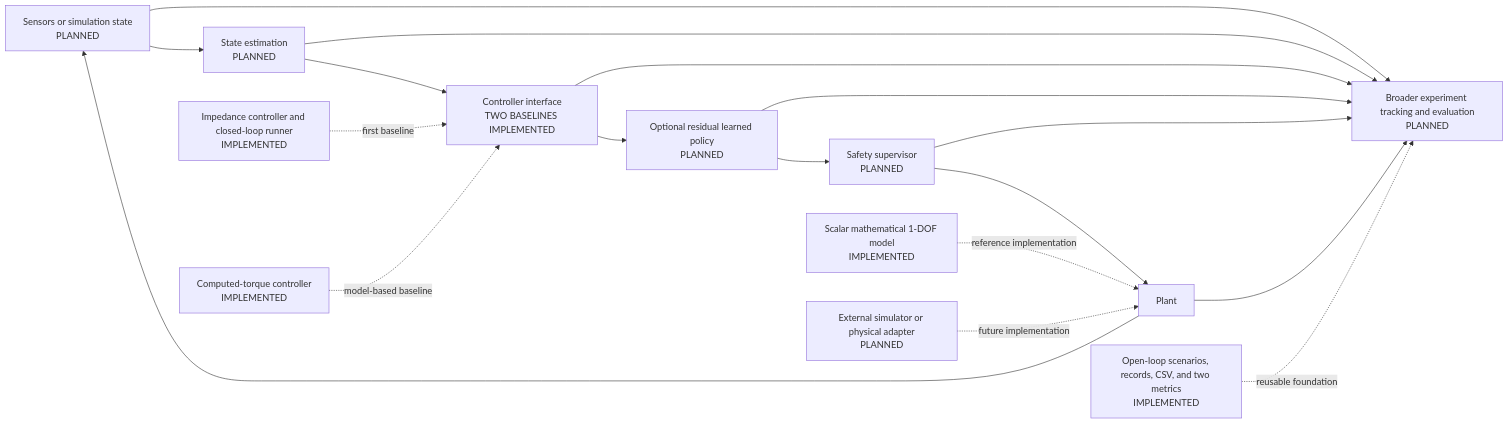
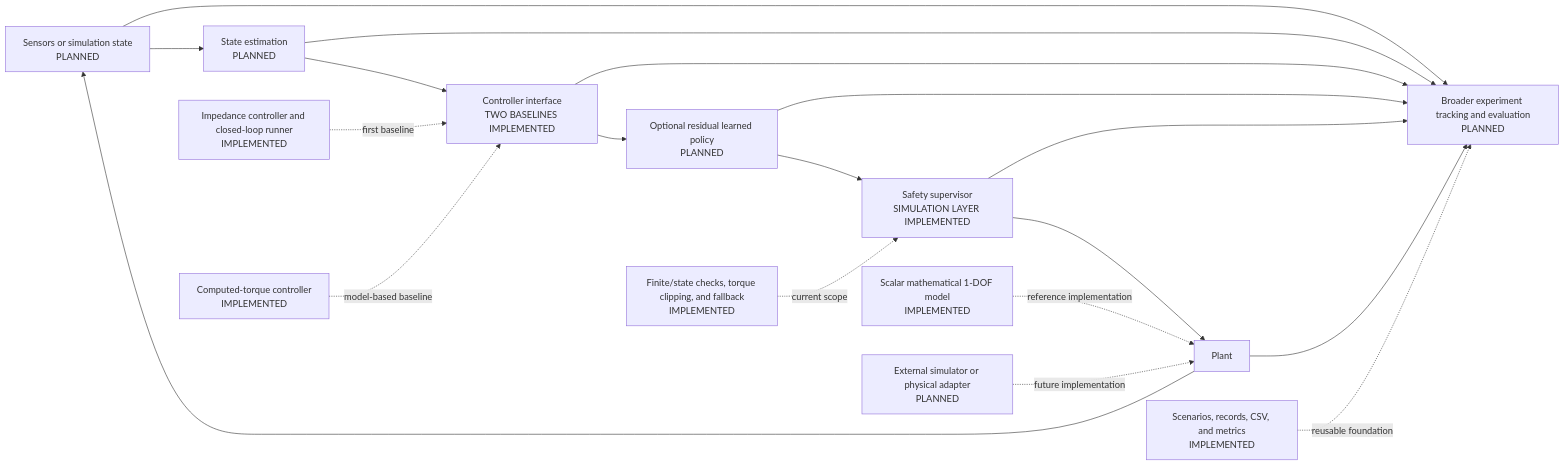
The second of 2 diagrams in docs/developer_guide.md (LeMonsieurPompidou/adaptive-assist), drawn with Mermaid before and after one commit. The commit also changed other lines of this file and 35 other files, not shown here.

Commit message:
feat: add independent safety supervisor

````diff
--- a/docs/developer_guide.md
+++ b/docs/developer_guide.md
@@ -399,23 +454,24 @@
 ```mermaid
 flowchart LR
     A[Sensors or simulation state<br/>PLANNED] --> B[State estimation<br/>PLANNED]
     B --> C[Controller interface<br/>TWO BASELINES IMPLEMENTED]
     C --> D[Optional residual learned policy<br/>PLANNED]
-    D --> E[Safety supervisor<br/>PLANNED]
+    D --> E[Safety supervisor<br/>SIMULATION LAYER IMPLEMENTED]
     E --> F[Plant]
     F --> A
 
     F1[Scalar mathematical 1-DOF model<br/>IMPLEMENTED] -. reference implementation .-> F
     F2[External simulator or physical adapter<br/>PLANNED] -. future implementation .-> F
 
     A --> G[Broader experiment tracking and evaluation<br/>PLANNED]
     B --> G
     C --> G
     D --> G
     E --> G
     F --> G
 
-    H[Open-loop scenarios, records, CSV, and two metrics<br/>IMPLEMENTED] -. reusable foundation .-> G
+    H[Scenarios, records, CSV, and metrics<br/>IMPLEMENTED] -. reusable foundation .-> G
     I[Impedance controller and closed-loop runner<br/>IMPLEMENTED] -. first baseline .-> C
     J[Computed-torque controller<br/>IMPLEMENTED] -. model-based baseline .-> C
+    K[Finite/state checks, torque clipping, and fallback<br/>IMPLEMENTED] -. current scope .-> E
 ```
````
